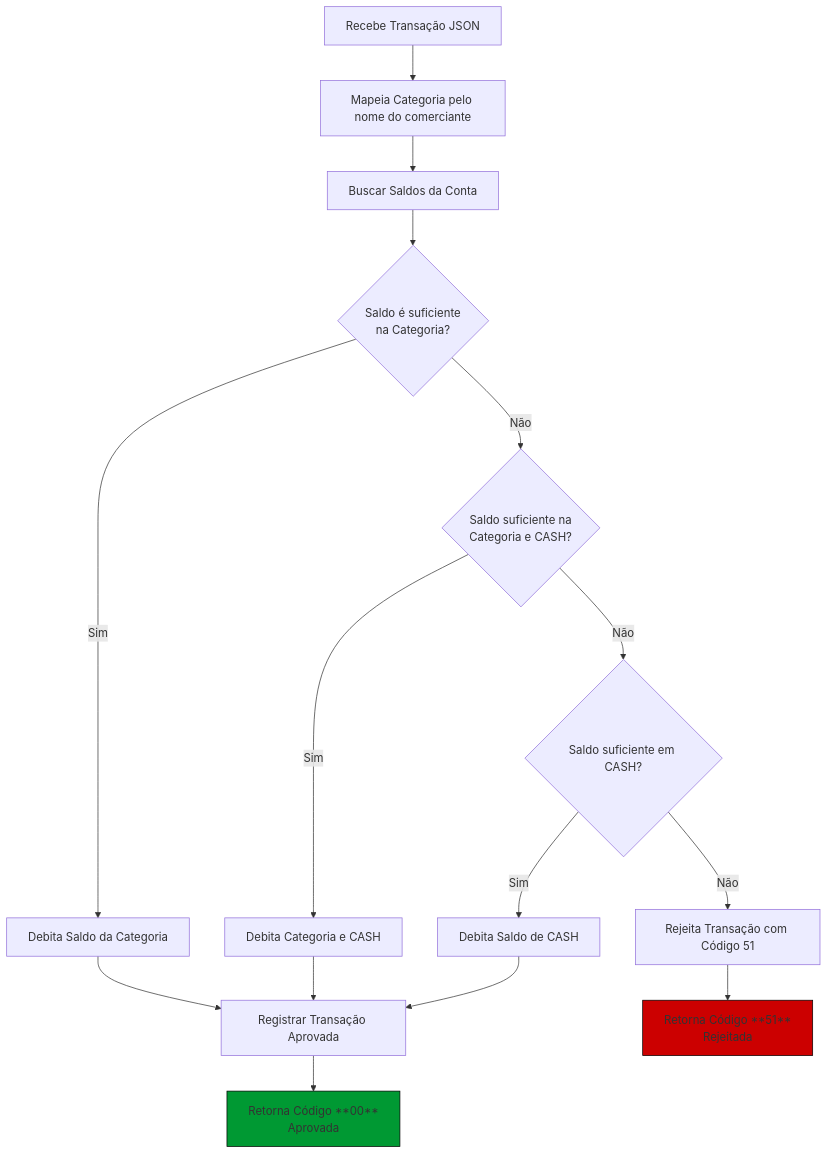
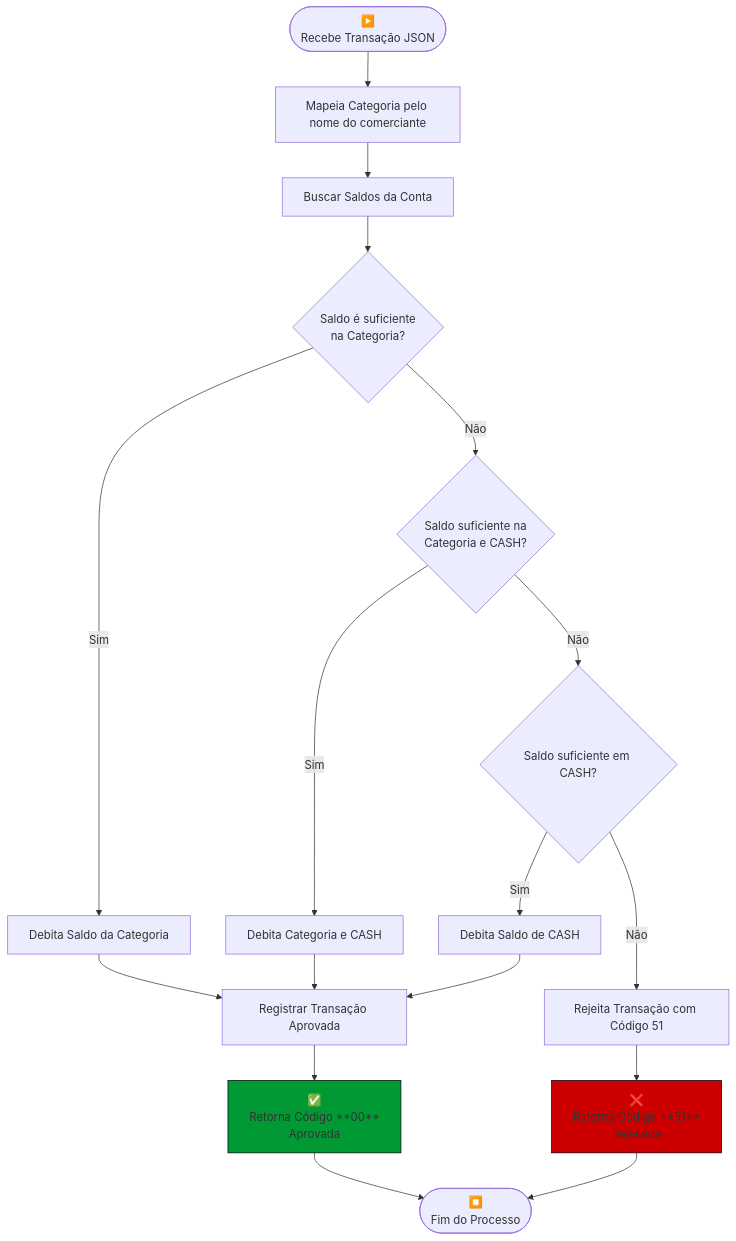
One commit to marciovmartins/jtonynet-go-payments-api changed the first of 3 diagrams in README.md. Above: the diagram before and after it, drawn with Mermaid. The commit also changed other lines of this file, not shown here.

````diff
--- a/README.md
+++ b/README.md
@@ -416,26 +416,29 @@
 ```mermaid
 flowchart TD
-    A[Recebe Transação JSON] --> B[Mapeia Categoria pelo nome do comerciante]
+    A([▶️<br/>Recebe Transação JSON]) --> B[Mapeia Categoria pelo nome do comerciante]
     B --> C[Buscar Saldos da Conta]
     C --> D{Saldo é suficiente <br/> na Categoria?}
     
     D -- Sim --> E[Debita Saldo da Categoria]
     D -- Não --> F{Saldo suficiente na <br/> Categoria e CASH?}
     
     F -- Sim --> G[Debita Categoria e CASH]
     F -- Não --> H{Saldo suficiente em CASH?}
     
     H -- Sim --> I[Debita Saldo de CASH]
     H -- Não --> J[Rejeita Transação com Código 51]
     
     E --> K[Registrar Transação Aprovada]
     G --> K[Registrar Transação Aprovada]
     I --> K[Registrar Transação Aprovada]
     
-    K --> M[Retorna Código **00** <br/> Aprovada]
+    K --> M[✅<br/>Retorna Código **00** <br/> Aprovada]
     
-    J --> N[Retorna Código **51** <br/> Rejeitada]
+    J --> N[❌<br/>Retorna Código **51** <br/> Rejeitada]
+
+    N --> O([⏹️<br/>Fim do Processo])
+    M --> O
 
     style M fill:#009933,stroke:#000
     style N fill:#cc0000,stroke:#000
 ```
````
